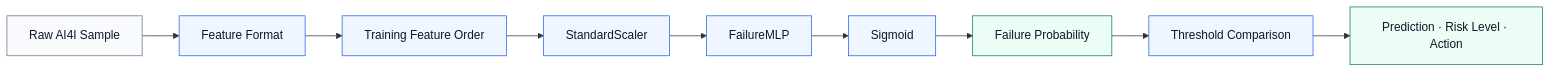
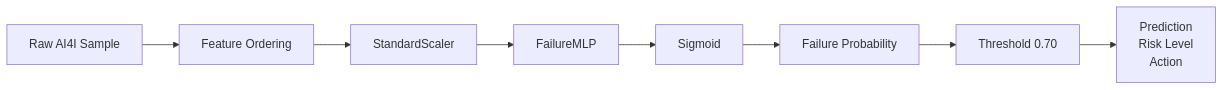
Before and after one commit to lightleaping/manufacturing-ai-quality-agent-reference: the second of 3 diagrams in README.md, drawn with Mermaid. The commit also changed other lines of this file, not shown here.

````diff
--- a/README.md
+++ b/README.md
@@ -222,19 +116,13 @@
 ```mermaid
 flowchart LR
-    RAW[Raw AI4I Sample] --> FORMAT[Feature Format]
-    FORMAT --> ORDER[Training Feature Order]
-    ORDER --> SCALE[StandardScaler]
-    SCALE --> MLP[FailureMLP]
-    MLP --> SIGMOID[Sigmoid]
-    SIGMOID --> PROB[Failure Probability]
-    PROB --> THRESHOLD[Threshold Comparison]
-    THRESHOLD --> RESULT[Prediction · Risk Level · Action]
+    R[Raw AI4I Sample]
+    F[Feature Ordering]
+    S[StandardScaler]
+    M[FailureMLP]
+    G[Sigmoid]
+    P[Failure Probability]
+    T[Threshold 0.70]
+    O[Prediction<br/>Risk Level<br/>Action]
 
-    classDef data fill:#F8FAFC,stroke:#64748B,color:#0F172A;
-    classDef process fill:#EFF6FF,stroke:#2563EB,color:#0F172A;
-    classDef output fill:#ECFDF5,stroke:#0F766E,color:#0F172A;
-
-    class RAW data;
-    class FORMAT,ORDER,SCALE,MLP,SIGMOID,THRESHOLD process;
-    class PROB,RESULT output;
+    R --> F --> S --> M --> G --> P --> T --> O
 ```
````
